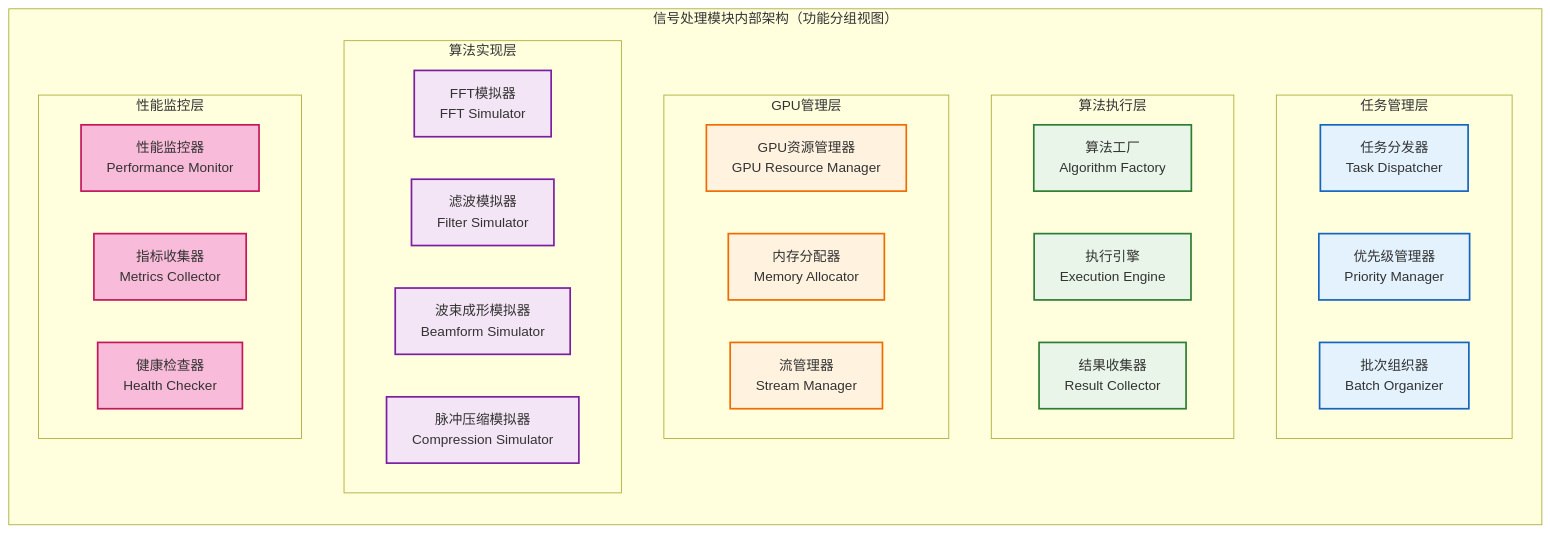
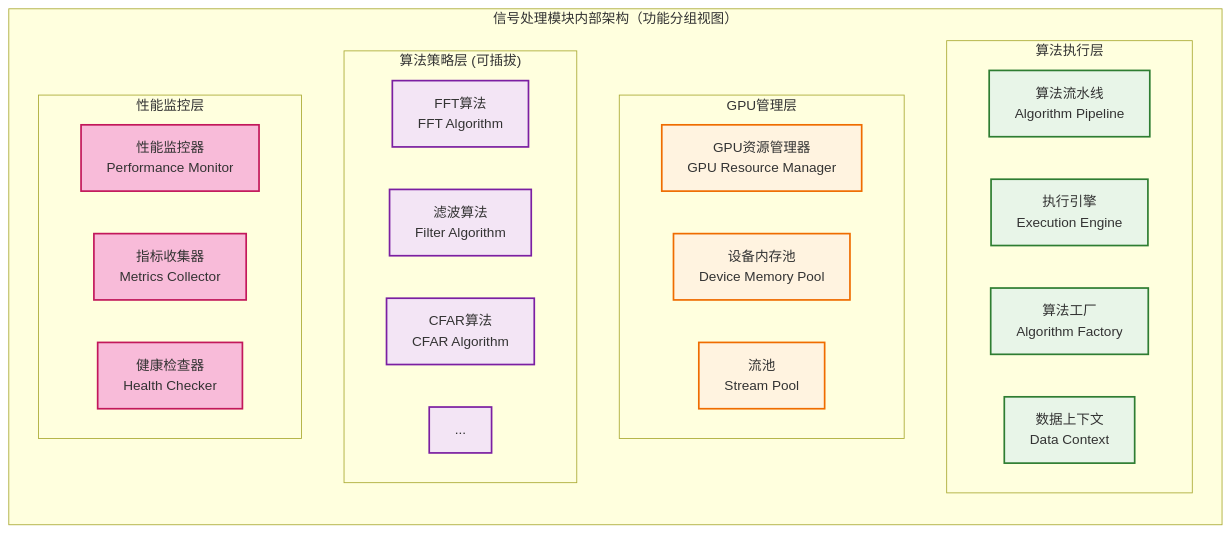
Before and after one commit to wendizhou99-cell/Radar: the second of 15 diagrams in docs/01_项目设计/02_模块设计/02_信号处理模块设计.md, drawn with Mermaid. The commit also changed other lines of this file and 7 other files, not shown here.

````diff
--- a/docs/01_项目设计/02_模块设计/02_信号处理模块设计.md
+++ b/docs/01_项目设计/02_模块设计/02_信号处理模块设计.md
@@ -148,50 +160,44 @@
 ```mermaid
 graph TB
     %% 功能分组视图：仅展示职责分层与组件集合，不体现调用或数据流
     subgraph "信号处理模块内部架构（功能分组视图）"
         direction TB
 
-        subgraph "任务管理层"
-            TASK_DISPATCHER[任务分发器<br/>Task Dispatcher]
-            PRIORITY_MANAGER[优先级管理器<br/>Priority Manager]
-            BATCH_ORGANIZER[批次组织器<br/>Batch Organizer]
-        end
-
         subgraph "算法执行层"
+            ALGORITHM_PIPELINE[算法流水线<br/>Algorithm Pipeline]
+            EXECUTION_ENGINE[执行引擎<br/>Execution Engine]
             ALGORITHM_FACTORY[算法工厂<br/>Algorithm Factory]
-            EXECUTION_ENGINE[执行引擎<br/>Execution Engine]
-            RESULT_COLLECTOR[结果收集器<br/>Result Collector]
+            DATA_CONTEXT[数据上下文<br/>Data Context]
         end
 
         subgraph "GPU管理层"
             GPU_RESOURCE_MGR[GPU资源管理器<br/>GPU Resource Manager]
-            MEMORY_ALLOCATOR[内存分配器<br/>Memory Allocator]
-            STREAM_MANAGER[流管理器<br/>Stream Manager]
+            DEVICE_MEMORY_POOL[设备内存池<br/>Device Memory Pool]
+            STREAM_POOL[流池<br/>Stream Pool]
         end
 
-        subgraph "算法实现层"
-            FFT_SIMULATOR[FFT模拟器<br/>FFT Simulator]
-            FILTER_SIMULATOR[滤波模拟器<br/>Filter Simulator]
-            BEAMFORM_SIMULATOR[波束成形模拟器<br/>Beamform Simulator]
-            COMPRESSION_SIMULATOR[脉冲压缩模拟器<br/>Compression Simulator]
+        subgraph "算法策略层 (可插拔)"
+            direction LR
+            FFT_ALGO[FFT算法<br/>FFT Algorithm]
+            FILTER_ALGO[滤波算法<br/>Filter Algorithm]
+            CFAR_ALGO[CFAR算法<br/>CFAR Algorithm]
+            MORE_ALGOS[...]
         end
 
         subgraph "性能监控层"
             PERF_MONITOR[性能监控器<br/>Performance Monitor]
             METRICS_COLLECTOR[指标收集器<br/>Metrics Collector]
             HEALTH_CHECKER[健康检查器<br/>Health Checker]
         end
     end
 
-    classDef task fill:#e3f2fd,stroke:#1565c0,stroke-width:2px
     classDef algorithm fill:#e8f5e8,stroke:#2e7d32,stroke-width:2px
     classDef gpu fill:#fff3e0,stroke:#ef6c00,stroke-width:2px
-    classDef simulator fill:#f3e5f5,stroke:#7b1fa2,stroke-width:2px
+    classDef strategy fill:#f3e5f5,stroke:#7b1fa2,stroke-width:2px
     classDef monitor fill:#f8bbd9,stroke:#c2185b,stroke-width:2px
 
-    class TASK_DISPATCHER,PRIORITY_MANAGER,BATCH_ORGANIZER task
-    class ALGORITHM_FACTORY,EXECUTION_ENGINE,RESULT_COLLECTOR algorithm
-    class GPU_RESOURCE_MGR,MEMORY_ALLOCATOR,STREAM_MANAGER gpu
-    class FFT_SIMULATOR,FILTER_SIMULATOR,BEAMFORM_SIMULATOR,COMPRESSION_SIMULATOR simulator
+    class ALGORITHM_PIPELINE,EXECUTION_ENGINE,ALGORITHM_FACTORY,DATA_CONTEXT algorithm
+    class GPU_RESOURCE_MGR,DEVICE_MEMORY_POOL,STREAM_POOL gpu
+    class FFT_ALGO,FILTER_ALGO,CFAR_ALGO,MORE_ALGOS strategy
     class PERF_MONITOR,METRICS_COLLECTOR,HEALTH_CHECKER monitor
 ```
````
